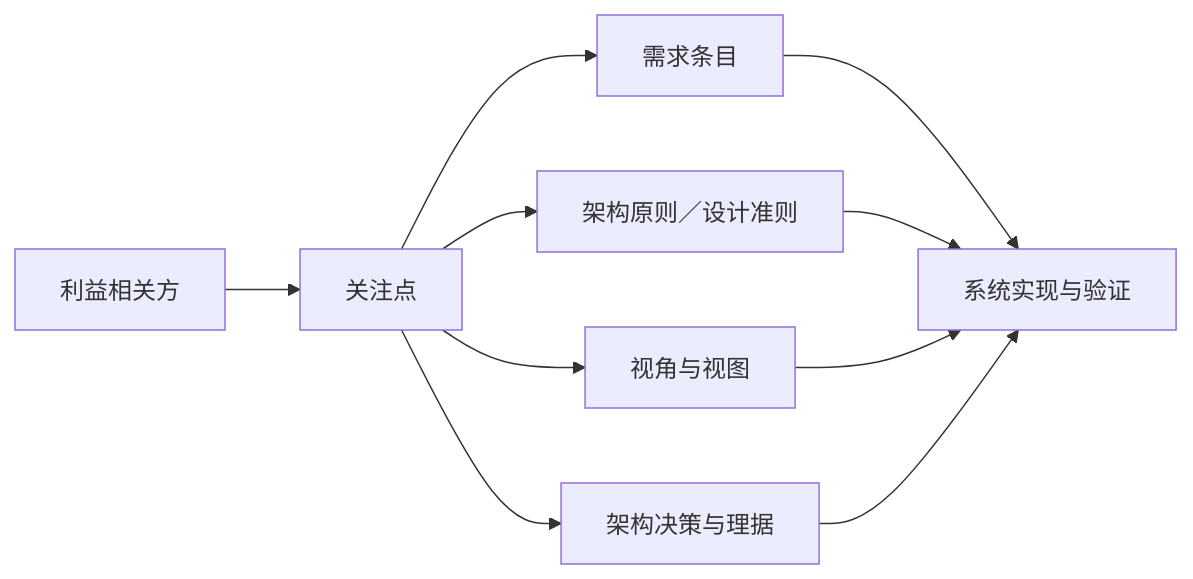
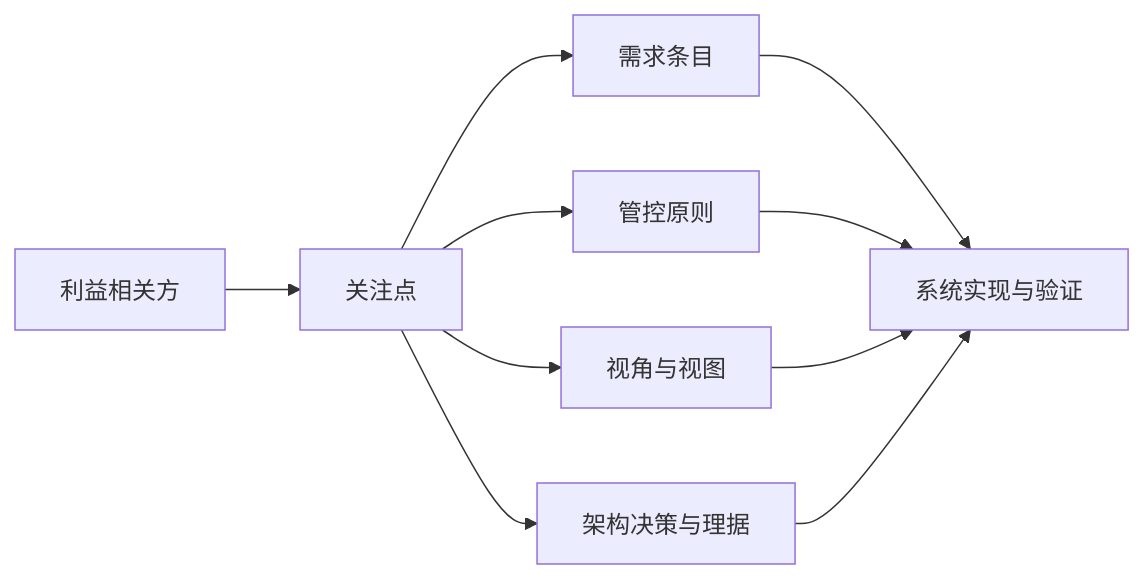
One commit to Yongjunzhou/AOS-system-design changed the third of 5 diagrams in 100-subprojects/01-系统工程研究/00-系统工程相关研究报告/30-架构描述核心概念研究报告-从四个定义到判据与治理接驳.md. Above: the diagram before and after it, drawn with Mermaid. The commit also changed other lines of this file and 177 other files, not shown here.

````diff
--- a/100-subprojects/01-系统工程研究/00-系统工程相关研究报告/30-架构描述核心概念研究报告-从四个定义到判据与治理接驳.md
+++ b/100-subprojects/01-系统工程研究/00-系统工程相关研究报告/30-架构描述核心概念研究报告-从四个定义到判据与治理接驳.md
@@ -291,12 +291,12 @@
 ```mermaid
 flowchart LR
     SH["利益相关方"] --> C["关注点"]
     C --> R["需求条目"]
-    C --> P["架构原则／设计准则"]
+    C --> P["管控原则"]
     C --> VP["视角与视图"]
     C --> D["架构决策与理据"]
     R --> SYS["系统实现与验证"]
     P --> SYS
     VP --> SYS
     D --> SYS
 ```
````
